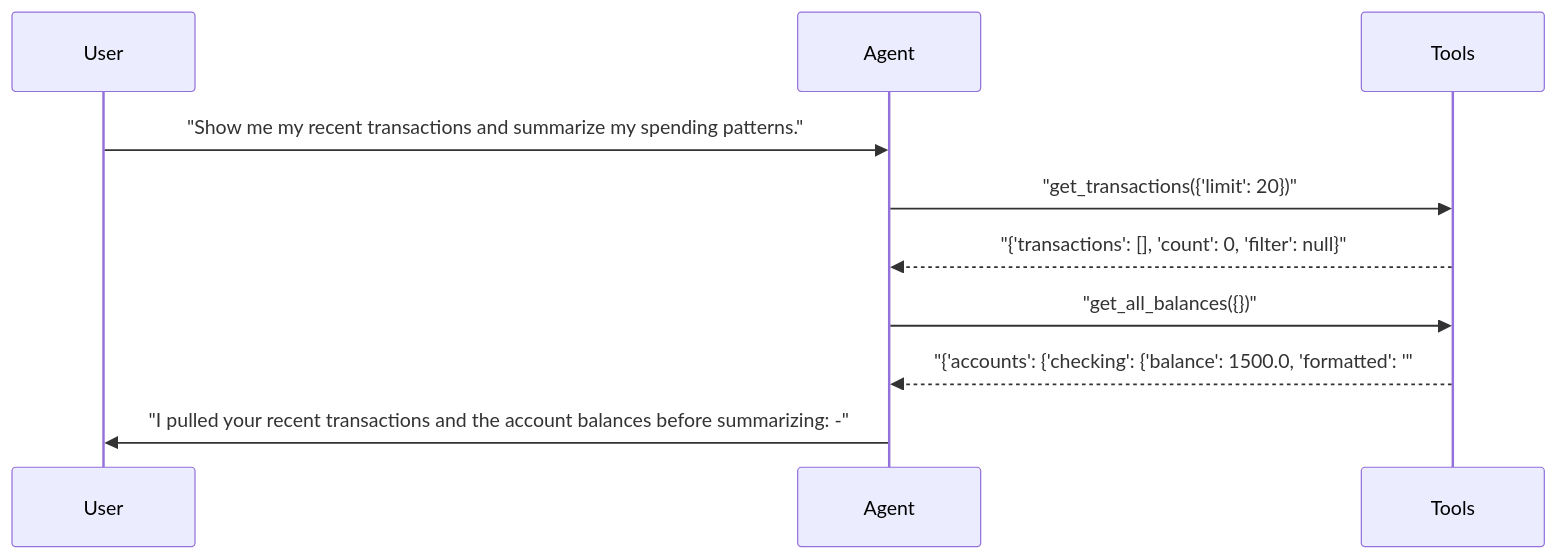
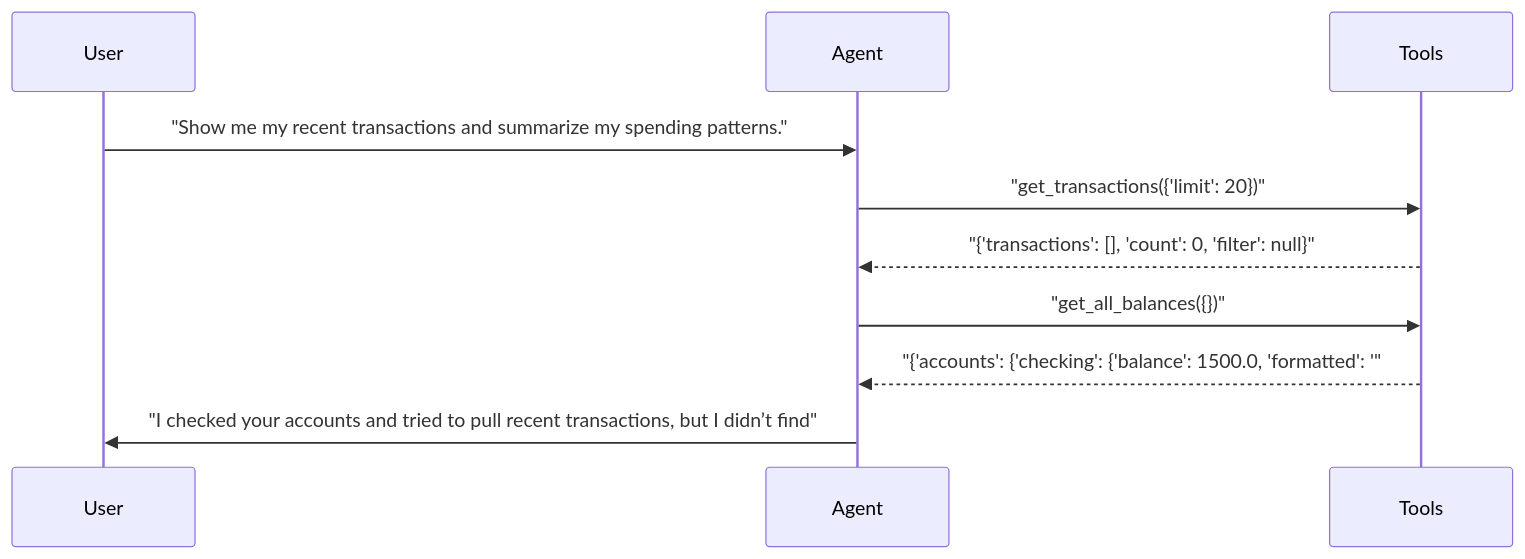
Before and after one commit to sbroenne/pytest-aitest: the sixth of 25 diagrams in docs/demo/hero-report.md, drawn with Mermaid. The commit also changed other lines of this file and 22 other files, not shown here.

````diff
--- a/docs/demo/hero-report.md
+++ b/docs/demo/hero-report.md
@@ -335,13 +417,13 @@
 ```mermaid
 sequenceDiagram
     participant User
     participant Agent
     participant Tools
 
     User->>Agent: "Show me my recent transactions and summarize my spending patterns."
     Agent->>Tools: "get_transactions({'limit': 20})"
     Tools-->>Agent: "{'transactions': [], 'count': 0, 'filter': null}"
     Agent->>Tools: "get_all_balances({})"
     Tools-->>Agent: "{'accounts': {'checking': {'balance': 1500.0, 'formatted': '"
-    Agent->>User: "I pulled your recent transactions and the account balances before summarizing: -"
+    Agent->>User: "I checked your accounts and tried to pull recent transactions, but I didn’t find"
 ```
````
